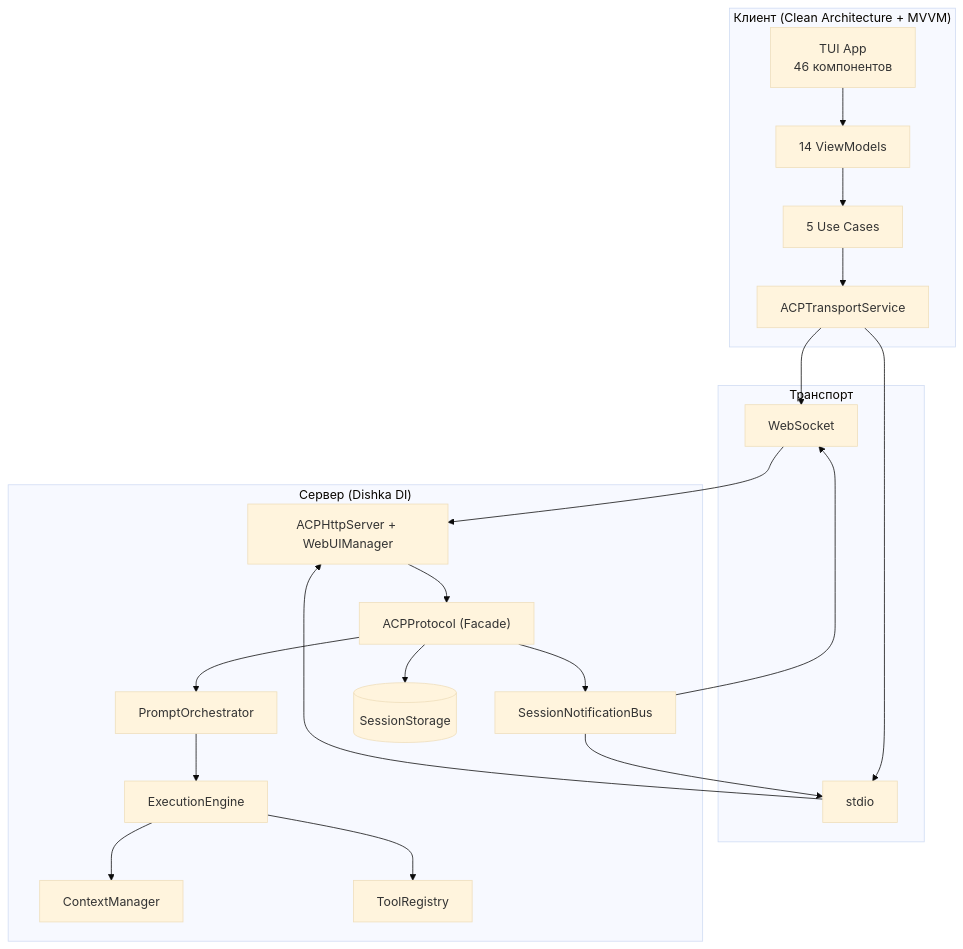
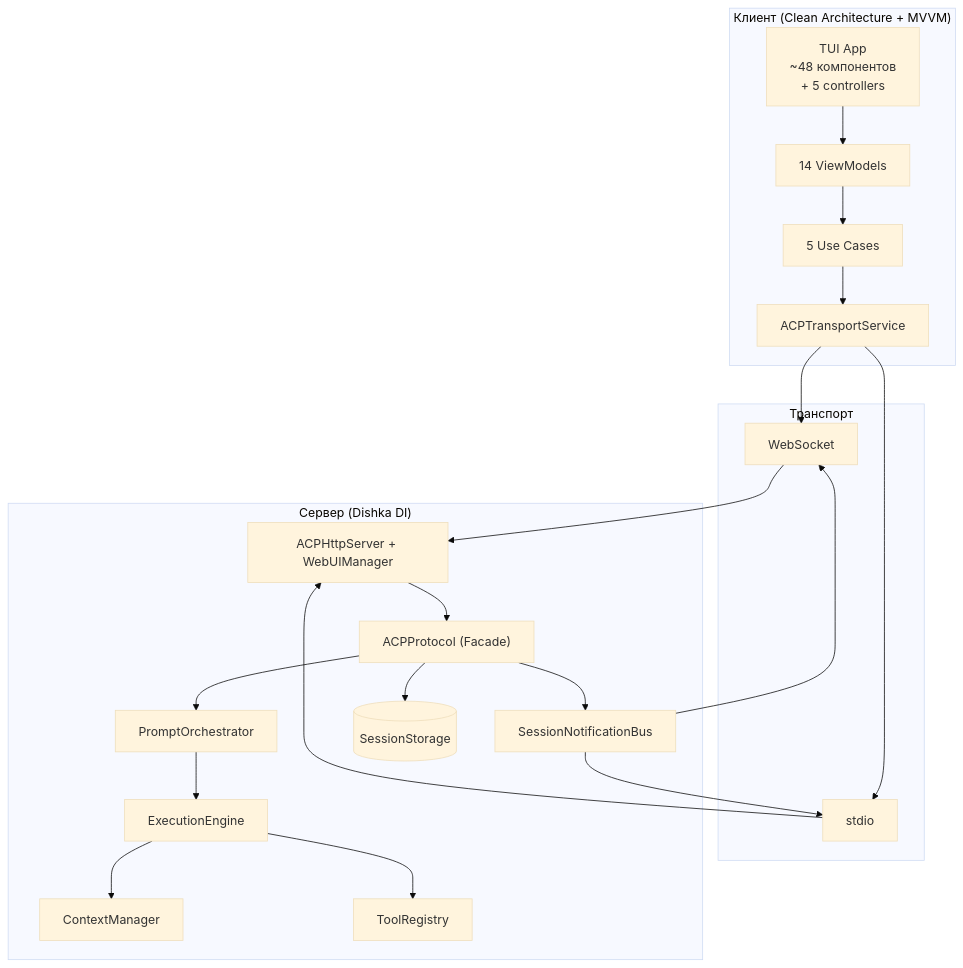
The first of 6 diagrams in doc/product/developer-guide/architecture.md (pese-git/codelab-agent), drawn with Mermaid (base theme) before and after one commit. The commit also changed other lines of this file and 10 other files, not shown here.

First line of the commit message:
docs(arch): синхронизация архитектурных диаграмм и ссылок с кодом

````diff
--- a/doc/product/developer-guide/architecture.md
+++ b/doc/product/developer-guide/architecture.md
@@ -9,34 +9,34 @@
 ```mermaid
 graph TB
     subgraph Client["Клиент (Clean Architecture + MVVM)"]
-        TUI["TUI App<br/>46 компонентов"]
+        TUI["TUI App<br/>~48 компонентов<br/>+ 5 controllers"]
         VM[14 ViewModels]
         UC[5 Use Cases]
         TS[ACPTransportService]
     end
     
     subgraph Transport["Транспорт"]
         WS[WebSocket]
         STDIO[stdio]
     end
     
     subgraph Server["Сервер (Dishka DI)"]
         HTTP[ACPHttpServer + WebUIManager]
         AP["ACPProtocol (Facade)"]
         NotifBus[SessionNotificationBus]
         PO[PromptOrchestrator]
         EE[ExecutionEngine]
         CM[ContextManager]
         TR[ToolRegistry]
         Storage[(SessionStorage)]
     end
     
     TUI --> VM --> UC --> TS
     TS --> WS & STDIO
     WS & STDIO --> HTTP --> AP
     AP --> NotifBus
     NotifBus --> WS & STDIO
     AP --> PO --> EE --> TR
     EE --> CM
     AP --> Storage
 ```
````
